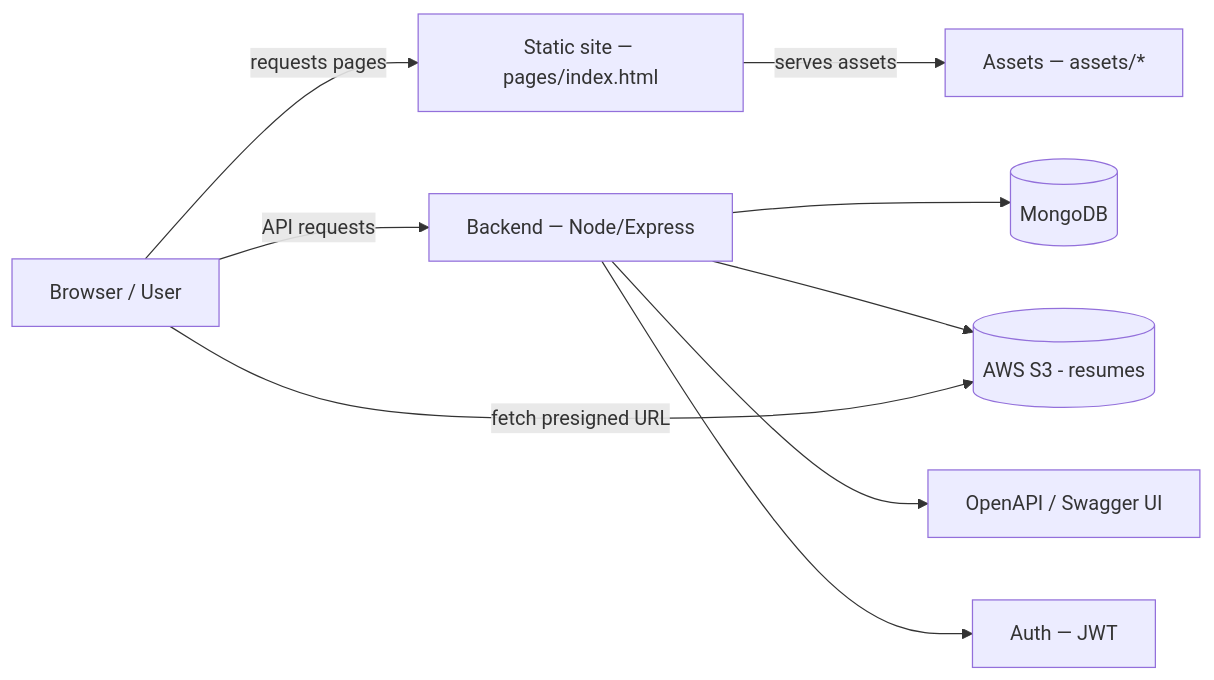
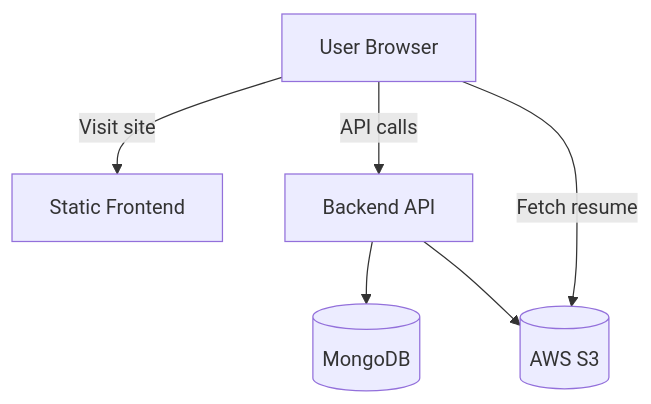
One commit to Team-Kaizen-MMDC/mmdc-wst changed the diagram in README.md. Above: the diagram before and after it, drawn with Mermaid.

Commit message:
feat(docs): update architecture diagram in README for improved clarity on frontend-backend interactions

````diff
--- a/README.md
+++ b/README.md
@@ -49,20 +49,14 @@
 ```mermaid
-flowchart LR
-  Browser[Browser / User]
-  Static[Static site — pages/index.html]
-  Assets[Assets — assets/*]
-  Backend[Backend — Node/Express]
+flowchart TB
+  User[User Browser]
+  Frontend[Static Frontend]
+  API[Backend API]
   DB[(MongoDB)]
-  S3[(AWS S3 - resumes)]
-  Swagger[OpenAPI / Swagger UI]
-  Auth[Auth — JWT]
+  S3[(AWS S3)]
 
-  Browser -->|requests pages| Static
-  Static -->|serves assets| Assets
-  Browser -->|API requests| Backend
-  Backend --> DB
-  Backend --> S3
-  Backend --> Swagger
-  Backend --> Auth
-  Browser -->|fetch presigned URL| S3
+  User -->|Visit site| Frontend
+  User -->|API calls| API
+  API --> DB
+  API --> S3
+  User -->|Fetch resume| S3
 ```
````
